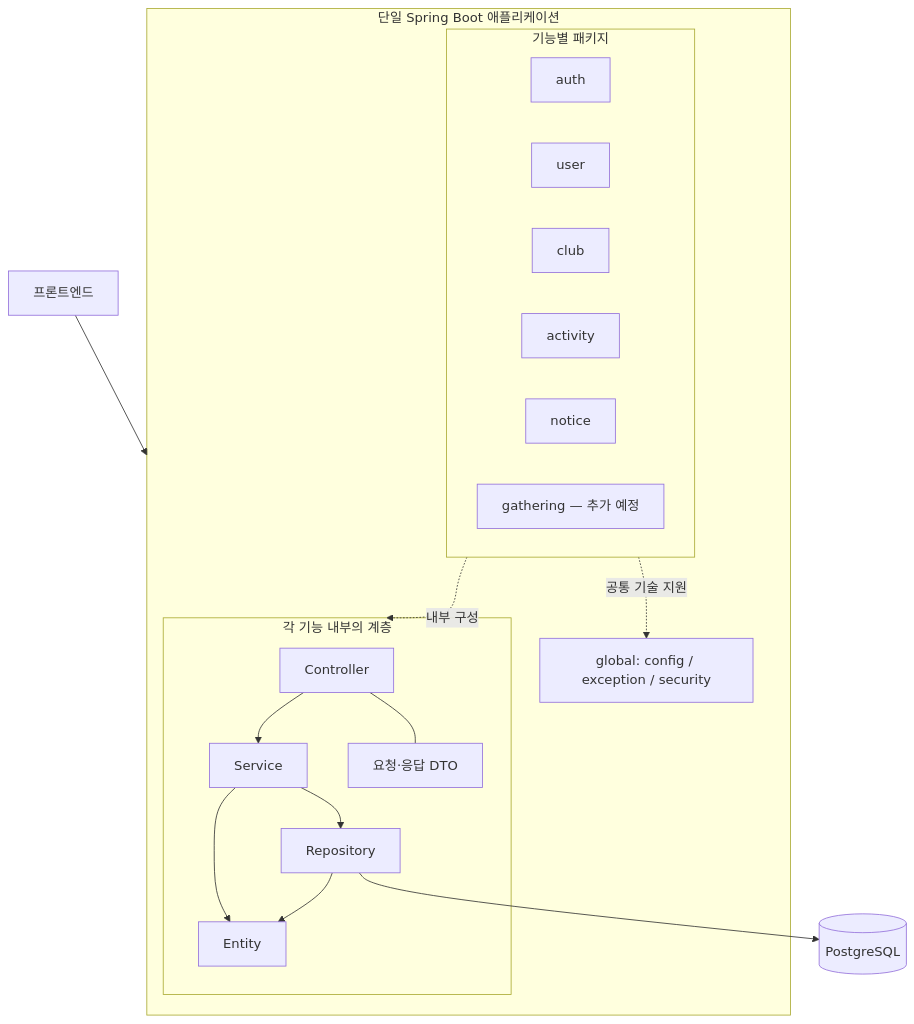
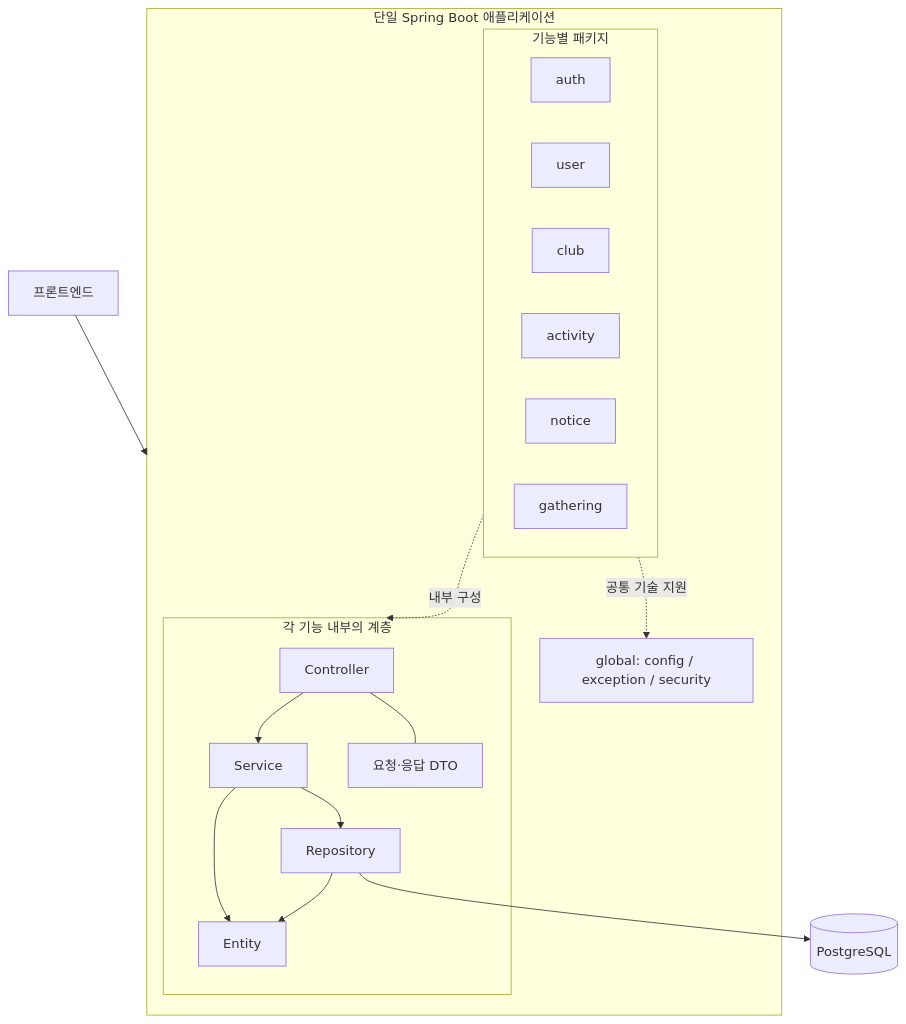
Before and after one commit to 42-clubs/42-clubs-BE: the diagram in docs/architecture.md, drawn with Mermaid. The commit also changed other lines of this file and 67 other files, not shown here.

````diff
--- a/docs/architecture.md
+++ b/docs/architecture.md
@@ -17,25 +17,25 @@
 ```mermaid
 flowchart TB
     Client[프론트엔드] --> API
     subgraph API[단일 Spring Boot 애플리케이션]
         subgraph Features[기능별 패키지]
             Auth[auth]
             User[user]
             Club[club]
             Activity[activity]
             Notice[notice]
-            Gathering[gathering — 추가 예정]
+            Gathering[gathering]
         end
         subgraph Layers[각 기능 내부의 계층]
             Controller[Controller] --> Service[Service]
             Service --> Repository[Repository]
             Service --> Entity[Entity]
             Repository --> Entity
             Controller --- DTO[요청·응답 DTO]
         end
         Features -. 내부 구성 .-> Layers
         Global[global: config / exception / security]
         Features -. 공통 기술 지원 .-> Global
     end
     Repository --> DB[(PostgreSQL)]
 ```
````
